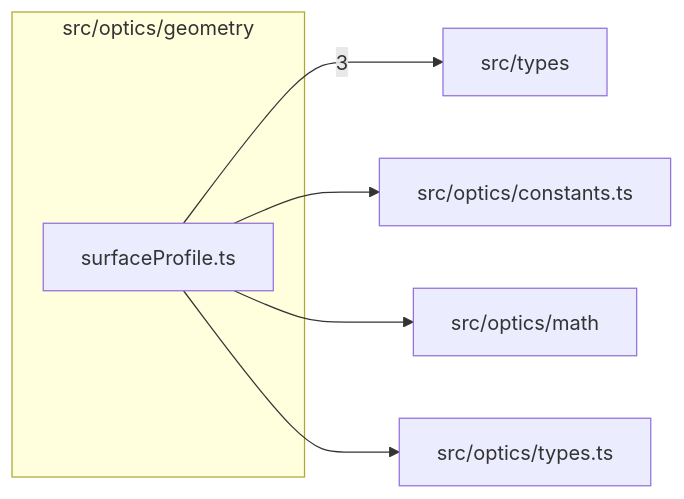
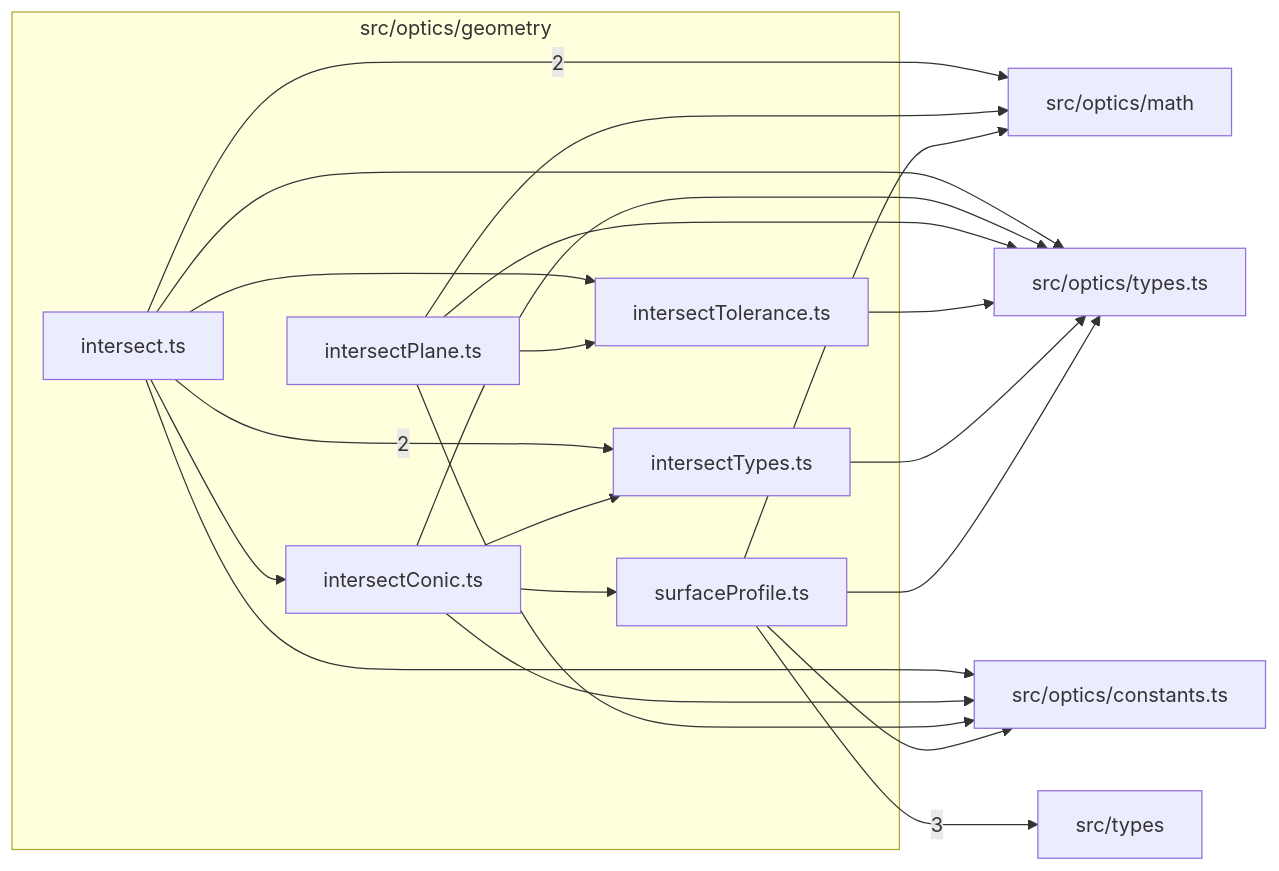
One commit to BeamFour/LensVisualizer changed the diagram in src/optics/geometry/readme.md. Above: the diagram before and after it, drawn with Mermaid. The commit also changed other lines of this file and 33 other files, not shown here.

First line of the commit message:
S3.P2.T1 Closed-form plane, sphere and conic roots (#794)

````diff
--- a/src/optics/geometry/readme.md
+++ b/src/optics/geometry/readme.md
@@ -9,14 +9,35 @@
 ```mermaid
 flowchart LR
   subgraph n_src_optics_geometry["src/optics/geometry"]
+    n_src_optics_geometry_src_optics_geometry_intersect_ts["intersect.ts"]
+    n_src_optics_geometry_src_optics_geometry_intersectConic_ts["intersectConic.ts"]
+    n_src_optics_geometry_src_optics_geometry_intersectPlane_ts["intersectPlane.ts"]
+    n_src_optics_geometry_src_optics_geometry_intersectTolerance_ts["intersectTolerance.ts"]
+    n_src_optics_geometry_src_optics_geometry_intersectTypes_ts["intersectTypes.ts"]
     n_src_optics_geometry_src_optics_geometry_surfaceProfile_ts["surfaceProfile.ts"]
   end
   n_external_src_types["src/types"]
+  n_external_src_optics_math["src/optics/math"]
   n_external_src_optics_constants_ts["src/optics/constants.ts"]
-  n_external_src_optics_math["src/optics/math"]
   n_external_src_optics_types_ts["src/optics/types.ts"]
   n_src_optics_geometry_src_optics_geometry_surfaceProfile_ts --> |3| n_external_src_types
+  n_src_optics_geometry_src_optics_geometry_intersect_ts --> |2| n_external_src_optics_math
+  n_src_optics_geometry_src_optics_geometry_intersect_ts --> |2| n_src_optics_geometry_src_optics_geometry_intersectTypes_ts
+  n_src_optics_geometry_src_optics_geometry_intersect_ts --> n_external_src_optics_constants_ts
+  n_src_optics_geometry_src_optics_geometry_intersectConic_ts --> n_external_src_optics_constants_ts
+  n_src_optics_geometry_src_optics_geometry_intersectPlane_ts --> n_external_src_optics_constants_ts
   n_src_optics_geometry_src_optics_geometry_surfaceProfile_ts --> n_external_src_optics_constants_ts
+  n_src_optics_geometry_src_optics_geometry_intersectPlane_ts --> n_external_src_optics_math
   n_src_optics_geometry_src_optics_geometry_surfaceProfile_ts --> n_external_src_optics_math
+  n_src_optics_geometry_src_optics_geometry_intersect_ts --> n_external_src_optics_types_ts
+  n_src_optics_geometry_src_optics_geometry_intersectConic_ts --> n_external_src_optics_types_ts
+  n_src_optics_geometry_src_optics_geometry_intersectPlane_ts --> n_external_src_optics_types_ts
+  n_src_optics_geometry_src_optics_geometry_intersectTolerance_ts --> n_external_src_optics_types_ts
+  n_src_optics_geometry_src_optics_geometry_intersectTypes_ts --> n_external_src_optics_types_ts
   n_src_optics_geometry_src_optics_geometry_surfaceProfile_ts --> n_external_src_optics_types_ts
+  n_src_optics_geometry_src_optics_geometry_intersect_ts --> n_src_optics_geometry_src_optics_geometry_intersectConic_ts
+  n_src_optics_geometry_src_optics_geometry_intersect_ts --> n_src_optics_geometry_src_optics_geometry_intersectTolerance_ts
+  n_src_optics_geometry_src_optics_geometry_intersectPlane_ts --> n_src_optics_geometry_src_optics_geometry_intersectTolerance_ts
+  n_src_optics_geometry_src_optics_geometry_intersectConic_ts --> n_src_optics_geometry_src_optics_geometry_intersectTypes_ts
+  n_src_optics_geometry_src_optics_geometry_intersectConic_ts --> n_src_optics_geometry_src_optics_geometry_surfaceProfile_ts
 ```
````
